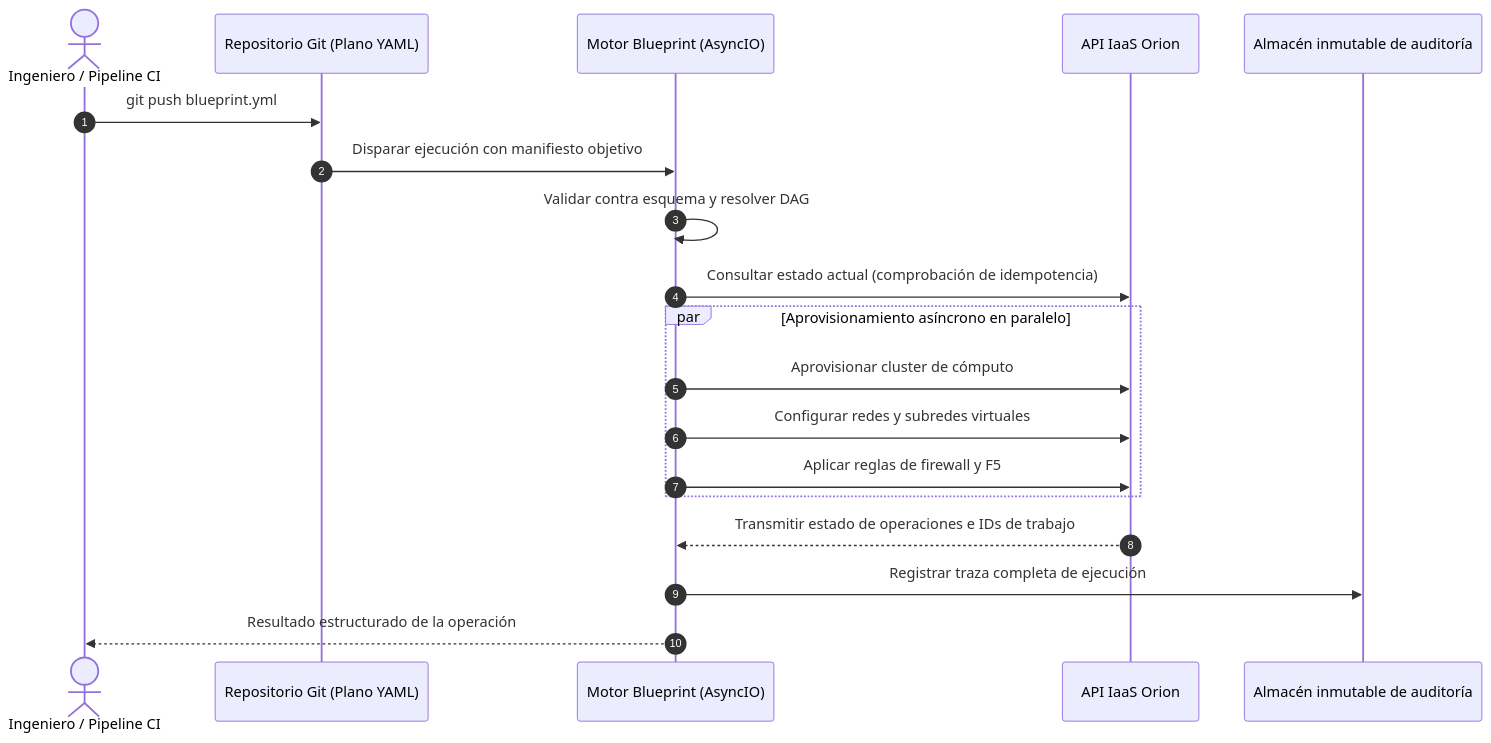
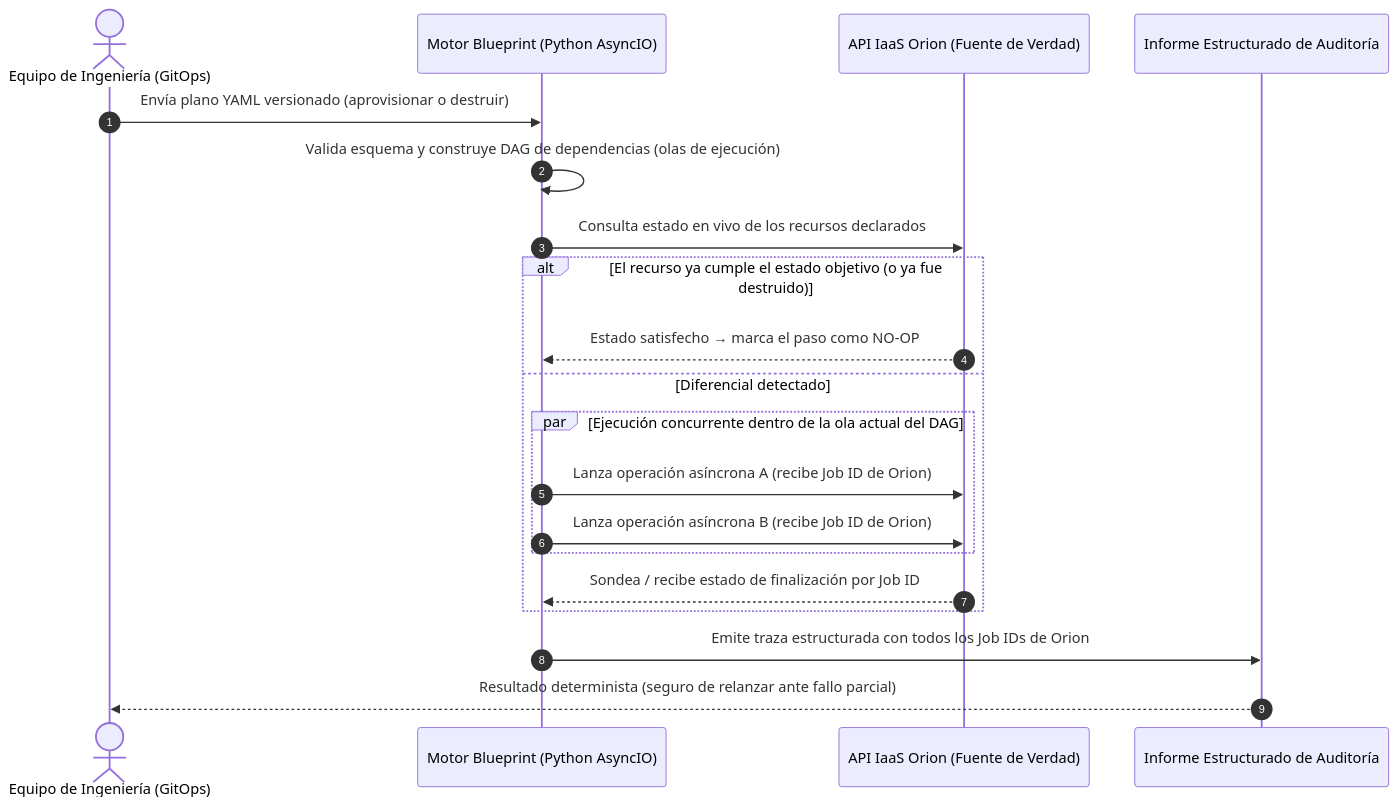
Before and after one commit to oredondo/oredondo.github.io: the first of 2 diagrams in docs_es/projects/blueprint.md, drawn with Mermaid. The commit also changed other lines of this file and 30 other files, not shown here.

````diff
--- a/docs_es/projects/blueprint.md
+++ b/docs_es/projects/blueprint.md
@@ -35,24 +36,25 @@
 ```mermaid
 sequenceDiagram
     autonumber
-    actor Dev as Ingeniero / Pipeline CI
-    participant Repo as Repositorio Git (Plano YAML)
-    participant Engine as Motor Blueprint (AsyncIO)
-    participant Orion as API IaaS Orion
-    participant Audit as Almacén inmutable de auditoría
+    actor Team as Equipo de Ingeniería (GitOps)
+    participant Engine as Motor Blueprint (Python AsyncIO)
+    participant Orion as API IaaS Orion (Fuente de Verdad)
+    participant Report as Informe Estructurado de Auditoría
 
-    Dev->>Repo: git push blueprint.yml
-    Repo->>Engine: Disparar ejecución con manifiesto objetivo
-    Engine->>Engine: Validar contra esquema y resolver DAG
-    Engine->>Orion: Consultar estado actual (comprobación de idempotencia)
+    Team->>Engine: Envía plano YAML versionado (aprovisionar o destruir)
+    Engine->>Engine: Valida esquema y construye DAG de dependencias (olas de ejecución)
+    Engine->>Orion: Consulta estado en vivo de los recursos declarados
 
-    par Aprovisionamiento asíncrono en paralelo
-        Engine->>Orion: Aprovisionar cluster de cómputo
-        Engine->>Orion: Configurar redes y subredes virtuales
-        Engine->>Orion: Aplicar reglas de firewall y F5
+    alt El recurso ya cumple el estado objetivo (o ya fue destruido)
+        Orion-->>Engine: Estado satisfecho → marca el paso como NO-OP
+    else Diferencial detectado
+        par Ejecución concurrente dentro de la ola actual del DAG
+            Engine->>Orion: Lanza operación asíncrona A (recibe Job ID de Orion)
+            Engine->>Orion: Lanza operación asíncrona B (recibe Job ID de Orion)
+        end
+        Orion-->>Engine: Sondea / recibe estado de finalización por Job ID
     end
 
-    Orion-->>Engine: Transmitir estado de operaciones e IDs de trabajo
-    Engine->>Audit: Registrar traza completa de ejecución
-    Engine-->>Dev: Resultado estructurado de la operación
+    Engine->>Report: Emite traza estructurada con todos los Job IDs de Orion
+    Report-->>Team: Resultado determinista (seguro de relanzar ante fallo parcial)
 ```
````
